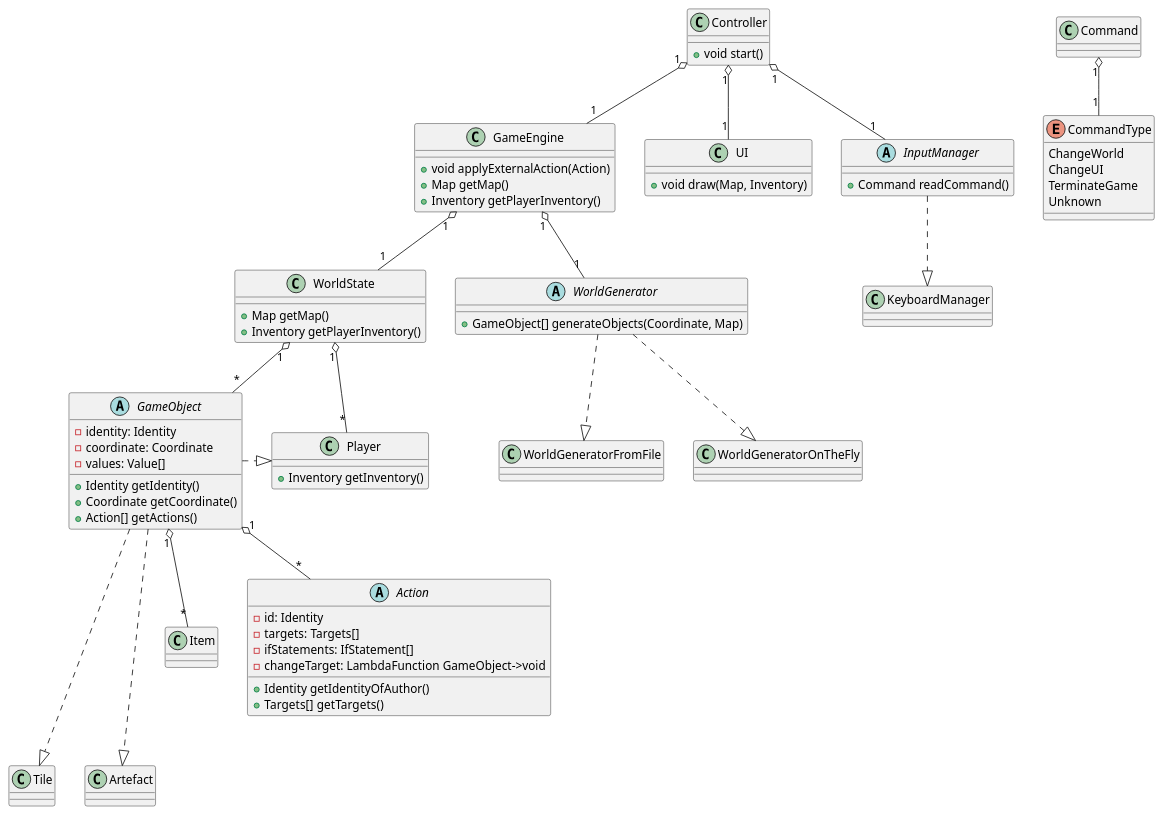
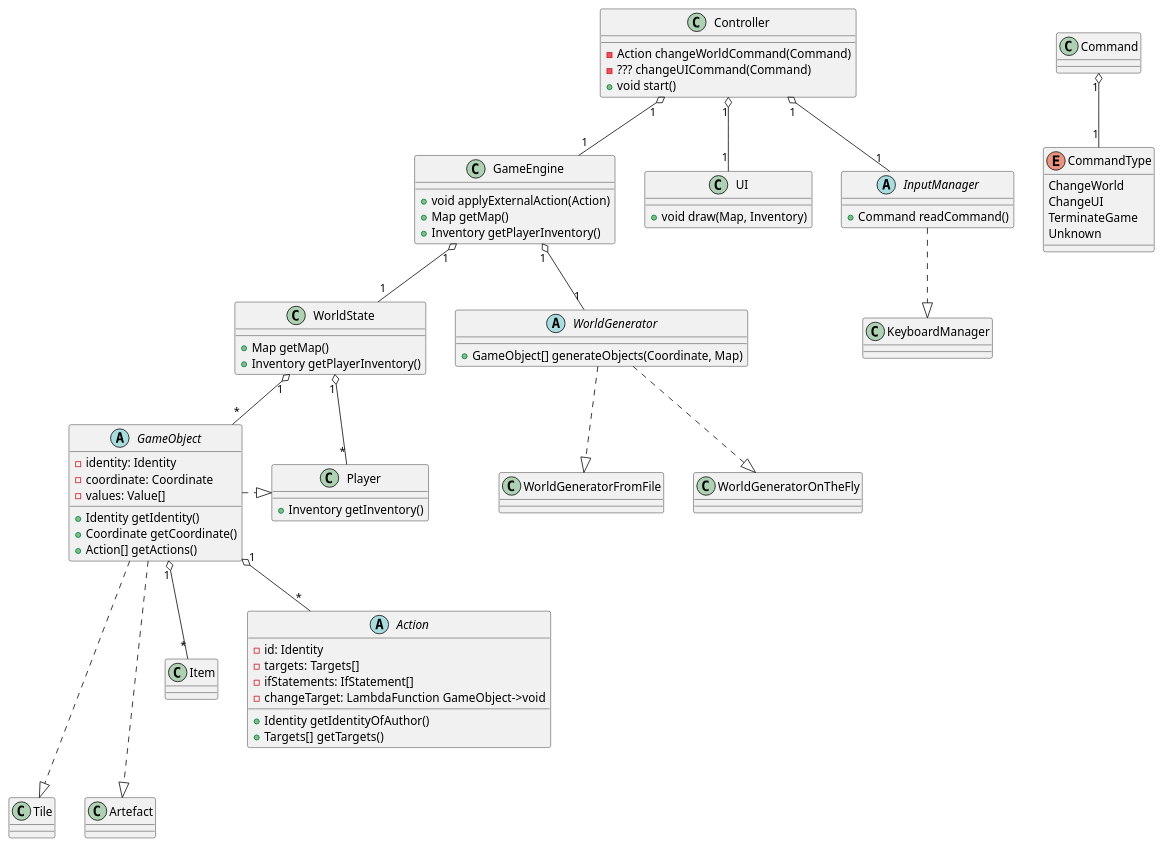
The diagram in architecture/class.puml (ruthenium96/roguelike), drawn with PlantUML before and after one commit.

Commit message:
Add some comments.

```diff
--- a/architecture/class.puml
+++ b/architecture/class.puml
@@ -1,102 +1,114 @@
 @startuml
 'https://plantuml.com/class-diagram
 
+'The main class controlling game logic, UI and user input.
 class Controller {
+- Action changeWorldCommand(Command)
+- ??? changeUICommand(Command)
+'Start game.
 + void start()
 }
 
 Controller "1" o-- "1" GameEngine
 Controller "1" o-- "1" UI
 Controller "1" o-- "1" InputManager
 
 'INPUT SECTION:
 abstract InputManager {
+'This function waits for user input and returns Command.
 +Command readCommand()
 }
 
 InputManager -.|> KeyboardManager
 
 class Command {
 }
 
 Command "1" o-- "1" CommandType
 
 enum CommandType {
 ChangeWorld
 ChangeUI
 TerminateGame
 Unknown
 }
 
 'UI SECTION:
 
 class UI {
+'Draws game, based on Map and Inventory information.
 +void draw(Map, Inventory)
 }
 
 'WORLD LOGIC SECTION
 
 class GameEngine {
+'Takes Action from Controller and apply it to WorldState.
 + void applyExternalAction(Action)
+'Get Map, based on WorldState.
 + Map getMap()
+'Get Inventory of Player, based on WorldState.
 + Inventory getPlayerInventory()
 }
 
 GameEngine "1" o-- "1" WorldState
 GameEngine "1" o-- "1" WorldGenerator
 
 abstract WorldGenerator {
+'Return GameObjects on new Coordinate, using information from Map.
 + GameObject[] generateObjects(Coordinate, Map)
 }
 
 WorldGenerator -.|> WorldGeneratorFromFile
 WorldGenerator -.|> WorldGeneratorOnTheFly
 
 class WorldState {
+'Return Map.
 + Map getMap()
+'Return Inventory of Player.
 + Inventory getPlayerInventory()
 }
 
 WorldState "1" o-- "*" GameObject
 WorldState "1" o-- "*" Player
 
 'Object is something with Coordinate, Item[], Action[]
 abstract class GameObject {
 - identity: Identity
 + Identity getIdentity()
 - coordinate: Coordinate
 + Coordinate getCoordinate()
 + Action[] getActions()
 - values: Value[]
 }
 
 'Player is self-explaining
 class Player {
 +Inventory getInventory()
 }
 'Tile is something like floor, each coordinate has to have one Tile
 class Tile
 'Artefact is something able to hold Item (like chest or just item).
 'It is required because Item is not GameObject.
 class Artefact
 
 GameObject --.|> Tile
 GameObject .|> Player
 GameObject --.|> Artefact
 
 'Item is self-explaining
 class Item
 'Action is attempt of GameObject to change the World (including itself)
 abstract class Action {
 - id: Identity
 + Identity getIdentityOfAuthor()
 - targets: Targets[]
 + Targets[] getTargets()
 - ifStatements: IfStatement[]
 - changeTarget: LambdaFunction GameObject->void
 }
 
 GameObject "1" o-- "*" Item
 GameObject "1" o-- "*" Action
 
 @enduml
```
